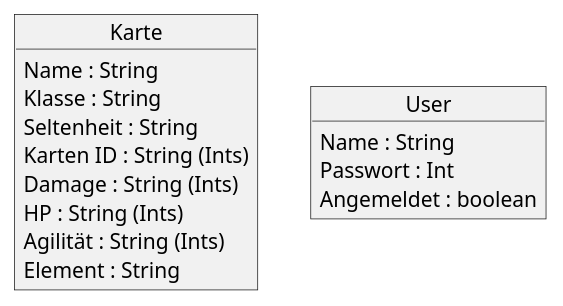
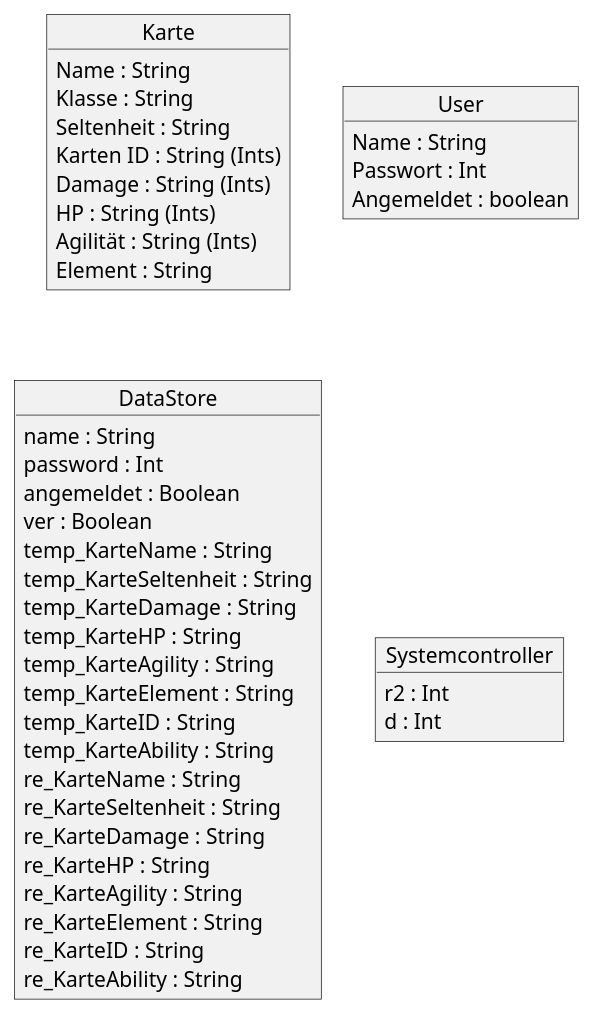
One commit to teach404W/Verwaltungssoftware_Team_2 changed the diagram in Docs/Pflichtenheft/Diagramme/Objektdiagramm.iuml. Above: the diagram before and after it, drawn with PlantUML.

Commit message:
Objektdiagramm

```diff
--- a/Docs/Pflichtenheft/Diagramme/Objektdiagramm.iuml
+++ b/Docs/Pflichtenheft/Diagramme/Objektdiagramm.iuml
@@ -1,23 +1,57 @@
 @startuml
 
 Object Karte{
 
 Name : String
 Klasse : String
 Seltenheit : String
 Karten ID : String (Ints)
 Damage : String (Ints)
 HP : String (Ints)
 Agilität : String (Ints)
 Element : String
 }
 
 Object User{
 
 Name : String
 Passwort : Int
 Angemeldet : boolean
 
 }
 
+object DataStore{
+
+    name : String
+    password : Int
+    angemeldet : Boolean
+    ver : Boolean
+
+
+    temp_KarteName : String
+    temp_KarteSeltenheit : String
+    temp_KarteDamage : String
+    temp_KarteHP : String
+    temp_KarteAgility : String
+    temp_KarteElement : String
+    temp_KarteID : String
+    temp_KarteAbility : String    
+
+
+    re_KarteName : String
+    re_KarteSeltenheit : String
+    re_KarteDamage : String
+    re_KarteHP : String
+    re_KarteAgility : String
+    re_KarteElement : String
+    re_KarteID : String
+    re_KarteAbility : String
+}
+
+object Systemcontroller{
+
+    r2 : Int
+    d : Int
+}
+
 @enduml
```
